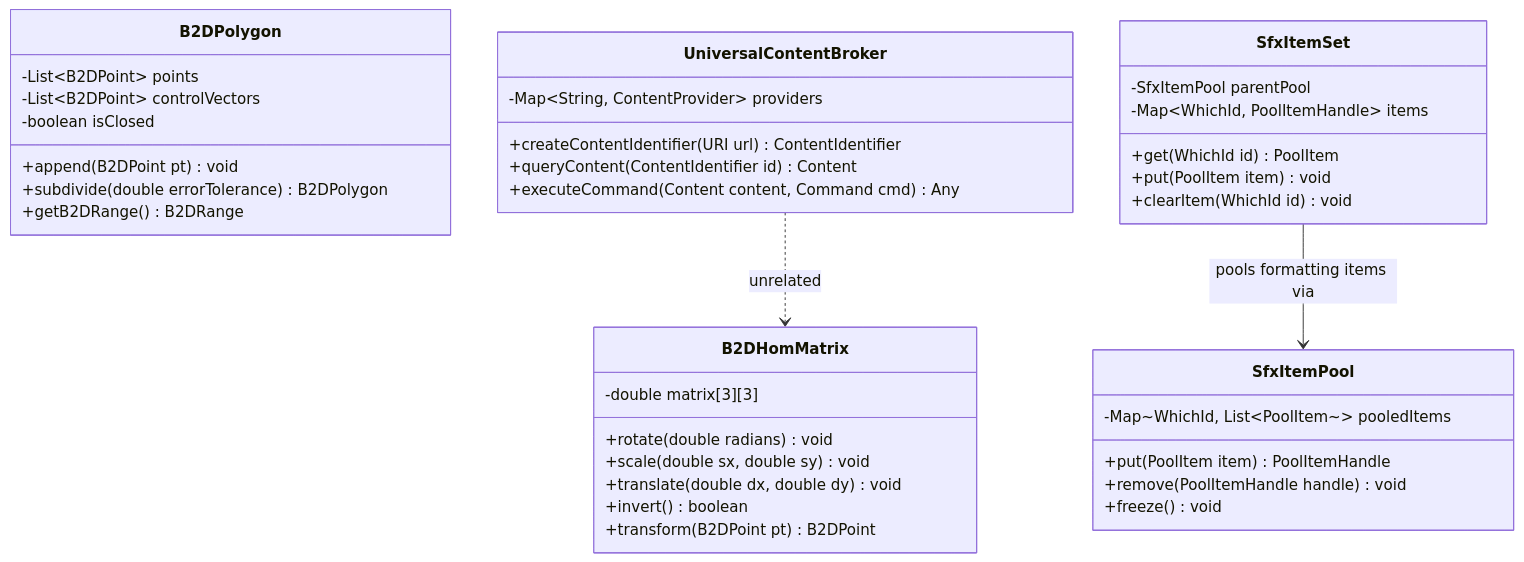
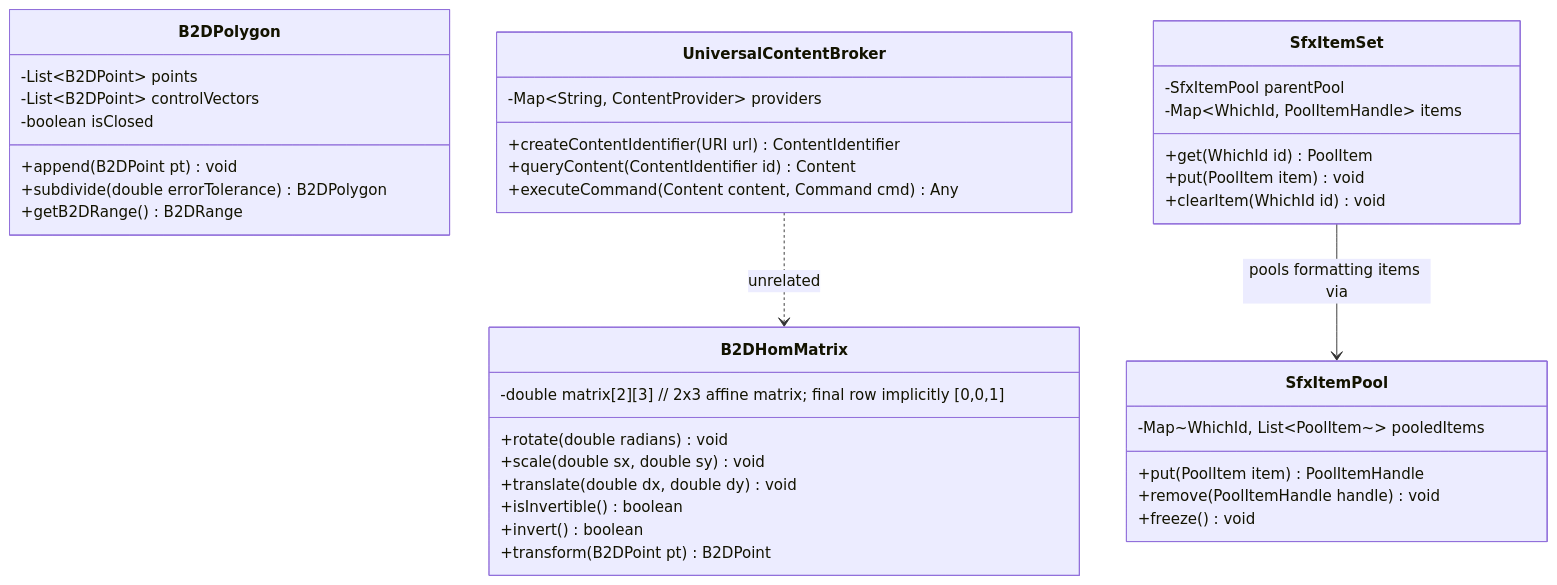
One commit to OSU-Hackathon-Team/HackOHIO_2026 changed the first of 2 diagrams in spec/modules/utilities.md. Above: the diagram before and after it, drawn with Mermaid. The commit also changed other lines of this file and 8 other files, not shown here.

````diff
--- a/spec/modules/utilities.md
+++ b/spec/modules/utilities.md
@@ -23,42 +23,43 @@
 ```mermaid
 classDiagram
     direction TB
     class B2DHomMatrix {
-        -double matrix[3][3]
+        -double matrix[2][3] // 2x3 affine matrix; final row implicitly [0,0,1]
         +rotate(double radians) void
         +scale(double sx, double sy) void
         +translate(double dx, double dy) void
+        +isInvertible() boolean
         +invert() boolean
         +transform(B2DPoint pt) B2DPoint
     }
     class B2DPolygon {
         -List~B2DPoint~ points
         -List~B2DPoint~ controlVectors
         -boolean isClosed
         +append(B2DPoint pt) void
         +subdivide(double errorTolerance) B2DPolygon
         +getB2DRange() B2DRange
     }
     class UniversalContentBroker {
         -Map~String, ContentProvider~ providers
         +createContentIdentifier(URI url) ContentIdentifier
         +queryContent(ContentIdentifier id) Content
         +executeCommand(Content content, Command cmd) Any
     }
     class SfxItemPool {
         -Map~WhichId, List~PoolItem~~ pooledItems
         +put(PoolItem item) PoolItemHandle
         +remove(PoolItemHandle handle) void
         +freeze() void
     }
     class SfxItemSet {
         -SfxItemPool parentPool
         -Map~WhichId, PoolItemHandle~ items
         +get(WhichId id) PoolItem
         +put(PoolItem item) void
         +clearItem(WhichId id) void
     }
 
     SfxItemSet --> SfxItemPool : pools formatting items via
     UniversalContentBroker ..> B2DHomMatrix : unrelated
 ```
````
